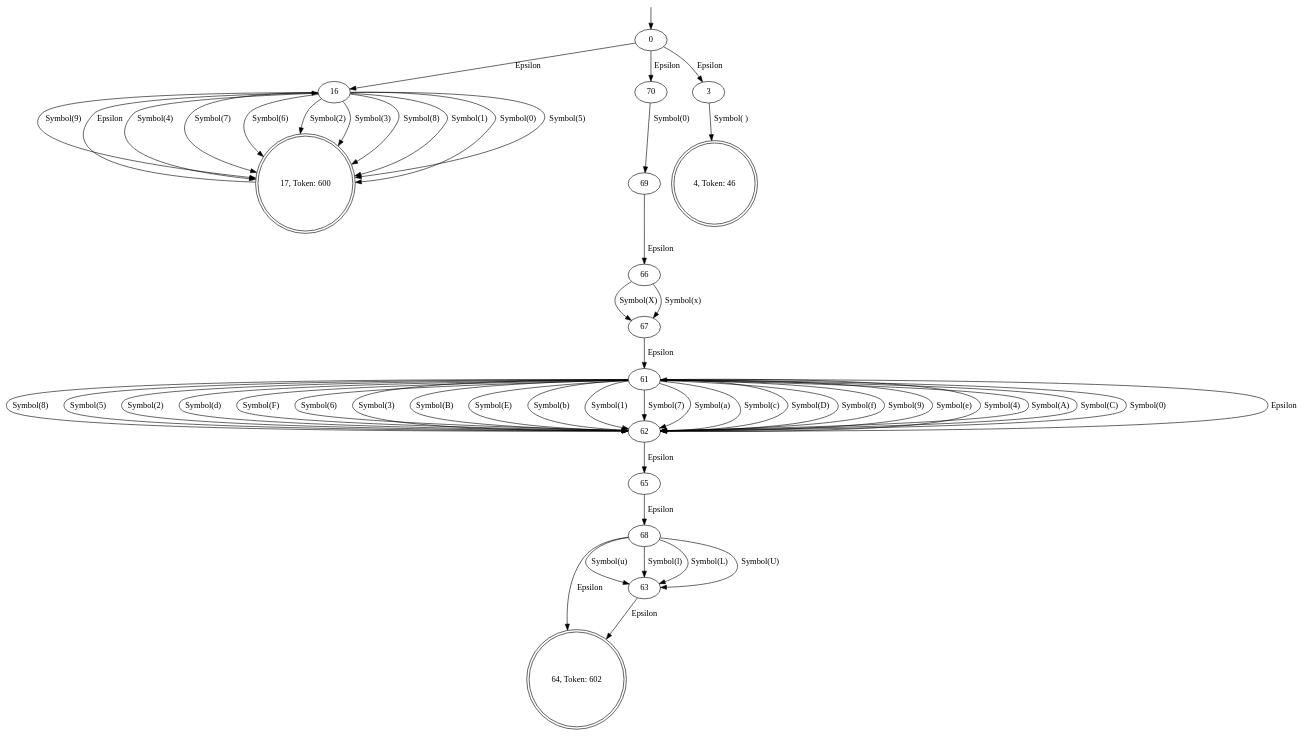
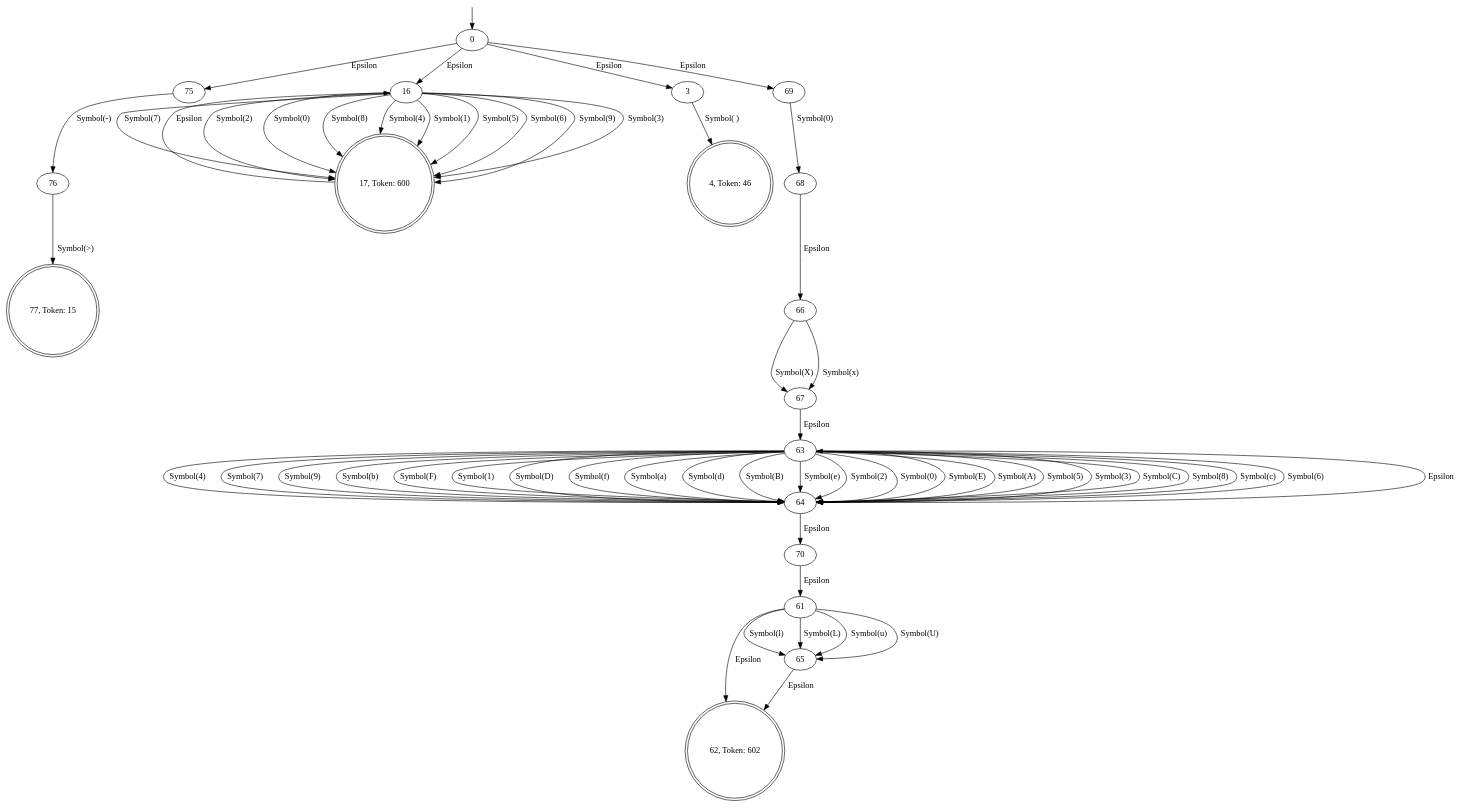
The diagram in enfa_automaton.dot (Thewbi/stm8_asm), drawn with Graphviz before and after one commit. The commit also changed 111 other files, not shown here.

```diff
--- a/enfa_automaton.dot
+++ b/enfa_automaton.dot
@@ -1,63 +1,68 @@
 // https://dreampuf.github.io/GraphvizOnline
 
 digraph {
 	start_pointer [label= "", shape=none,height=.0,width=.0]
 	start_pointer -> 0;
-	64[shape=doublecircle];
-	64[label="64, Token: 602"];
 	17[shape=doublecircle];
 	17[label="17, Token: 600"];
+	62[shape=doublecircle];
+	62[label="62, Token: 602"];
+	77[shape=doublecircle];
+	77[label="77, Token: 15"];
 	4[shape=doublecircle];
 	4[label="4, Token: 46"];
+	63 -> 64[label="Symbol(4)"];
+	61 -> 65[label="Symbol(l)"];
+	63 -> 64[label="Symbol(7)"];
+	63 -> 64[label="Symbol(9)"];
+	63 -> 64[label="Symbol(b)"];
+	67 -> 63[label="Epsilon"];
+	63 -> 64[label="Symbol(F)"];
+	63 -> 64[label="Symbol(1)"];
+	66 -> 67[label="Symbol(X)"];
+	75 -> 76[label="Symbol(-)"];
+	16 -> 17[label="Symbol(2)"];
+	3 -> 4[label="Symbol( )"];
+	61 -> 62[label="Epsilon"];
+	17 -> 16[label="Epsilon"];
+	68 -> 66[label="Epsilon"];
+	76 -> 77[label="Symbol(>)"];
+	63 -> 64[label="Symbol(D)"];
+	65 -> 62[label="Epsilon"];
+	63 -> 64[label="Symbol(f)"];
+	63 -> 64[label="Symbol(a)"];
+	61 -> 65[label="Symbol(L)"];
+	16 -> 17[label="Symbol(0)"];
+	63 -> 64[label="Symbol(d)"];
+	16 -> 17[label="Symbol(8)"];
+	63 -> 64[label="Symbol(B)"];
+	64 -> 63[label="Epsilon"];
+	64 -> 70[label="Epsilon"];
+	61 -> 65[label="Symbol(u)"];
 	16 -> 17[label="Symbol(4)"];
-	61 -> 62[label="Symbol(8)"];
+	16 -> 17[label="Symbol(1)"];
+	63 -> 64[label="Symbol(e)"];
+	63 -> 64[label="Symbol(2)"];
+	70 -> 61[label="Epsilon"];
+	61 -> 65[label="Symbol(U)"];
+	63 -> 64[label="Symbol(0)"];
+	66 -> 67[label="Symbol(x)"];
+	16 -> 17[label="Symbol(5)"];
+	0 -> 16[label="Epsilon"];
+	0 -> 69[label="Epsilon"];
+	0 -> 75[label="Epsilon"];
+	0 -> 3[label="Epsilon"];
+	63 -> 64[label="Symbol(E)"];
+	63 -> 64[label="Symbol(A)"];
+	63 -> 64[label="Symbol(5)"];
+	63 -> 64[label="Symbol(3)"];
+	16 -> 17[label="Symbol(6)"];
+	16 -> 17[label="Symbol(9)"];
+	16 -> 17[label="Symbol(3)"];
 	16 -> 17[label="Symbol(7)"];
-	61 -> 62[label="Symbol(5)"];
-	61 -> 62[label="Symbol(2)"];
-	16 -> 17[label="Symbol(6)"];
-	16 -> 17[label="Symbol(2)"];
-	0 -> 16[label="Epsilon"];
-	0 -> 70[label="Epsilon"];
-	0 -> 3[label="Epsilon"];
-	61 -> 62[label="Symbol(d)"];
-	68 -> 63[label="Symbol(u)"];
-	61 -> 62[label="Symbol(F)"];
-	3 -> 4[label="Symbol( )"];
-	68 -> 63[label="Symbol(l)"];
-	61 -> 62[label="Symbol(6)"];
-	61 -> 62[label="Symbol(3)"];
-	69 -> 66[label="Epsilon"];
-	66 -> 67[label="Symbol(X)"];
-	70 -> 69[label="Symbol(0)"];
-	68 -> 63[label="Symbol(L)"];
-	16 -> 17[label="Symbol(3)"];
-	63 -> 64[label="Epsilon"];
-	16 -> 17[label="Symbol(8)"];
-	61 -> 62[label="Symbol(B)"];
-	61 -> 62[label="Symbol(E)"];
-	61 -> 62[label="Symbol(b)"];
-	61 -> 62[label="Symbol(1)"];
-	61 -> 62[label="Symbol(7)"];
-	61 -> 62[label="Symbol(a)"];
-	68 -> 64[label="Epsilon"];
-	65 -> 68[label="Epsilon"];
-	17 -> 16[label="Epsilon"];
-	61 -> 62[label="Symbol(c)"];
-	61 -> 62[label="Symbol(D)"];
-	16 -> 17[label="Symbol(1)"];
-	61 -> 62[label="Symbol(f)"];
-	61 -> 62[label="Symbol(9)"];
-	16 -> 17[label="Symbol(0)"];
-	61 -> 62[label="Symbol(e)"];
-	62 -> 65[label="Epsilon"];
-	62 -> 61[label="Epsilon"];
-	61 -> 62[label="Symbol(4)"];
-	66 -> 67[label="Symbol(x)"];
-	68 -> 63[label="Symbol(U)"];
-	16 -> 17[label="Symbol(5)"];
-	67 -> 61[label="Epsilon"];
-	61 -> 62[label="Symbol(A)"];
-	61 -> 62[label="Symbol(C)"];
-	16 -> 17[label="Symbol(9)"];
-	61 -> 62[label="Symbol(0)"];
+	63 -> 64[label="Symbol(C)"];
+	63 -> 64[label="Symbol(8)"];
+	63 -> 64[label="Symbol(c)"];
+	63 -> 64[label="Symbol(6)"];
+	69 -> 68[label="Symbol(0)"];
 }
```
